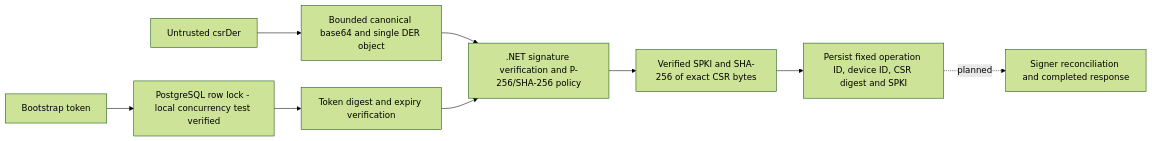
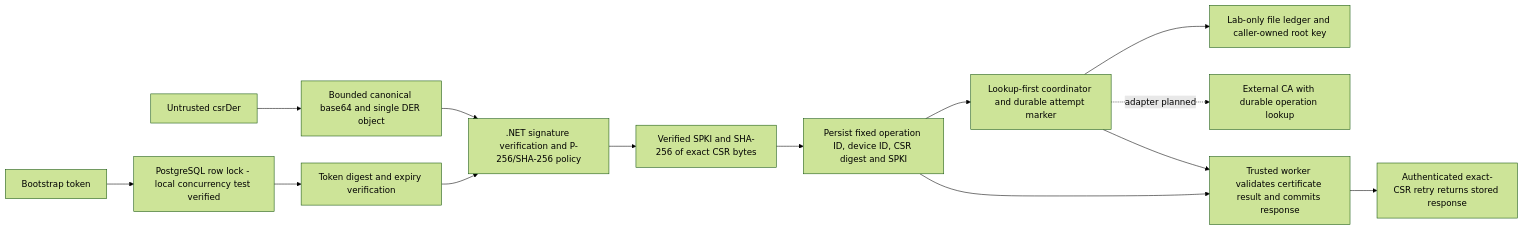
Before and after one commit to michaelnwanna/custom-android-mdm-agent: the diagram in backend/README.md, drawn with Mermaid (forest theme). The commit also changed other lines of this file and 973 other files, not shown here.

````diff
--- a/backend/README.md
+++ b/backend/README.md
@@ -7,11 +11,16 @@
 ```mermaid
 flowchart LR
     Input[Untrusted csrDer] --> Encoding[Bounded canonical base64 and single DER object]
     Encoding --> Crypto[.NET signature verification and P-256/SHA-256 policy]
     Crypto --> Key[Verified SPKI and SHA-256 of exact CSR bytes]
     Token[Bootstrap token] --> Lock[PostgreSQL row lock - local concurrency test verified]
     Lock --> Check[Token digest and expiry verification]
     Check --> Crypto
     Key --> Claim[Persist fixed operation ID, device ID, CSR digest and SPKI]
-    Claim -. planned .-> Issuance[Signer reconciliation and completed response]
+    Claim --> Coordinator[Lookup-first coordinator and durable attempt marker]
+    Coordinator --> Lab[Lab-only file ledger and caller-owned root key]
+    Coordinator -. adapter planned .-> Issuance[External CA with durable operation lookup]
+    Coordinator --> Completion
+    Claim --> Completion[Trusted worker validates certificate result and commits response]
+    Completion --> Recovery[Authenticated exact-CSR retry returns stored response]
 ```
````
